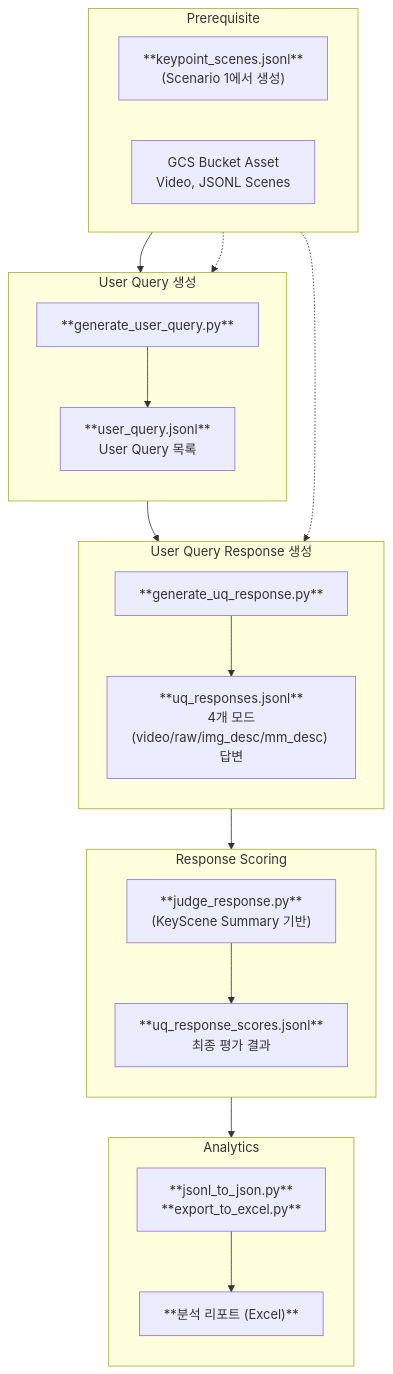
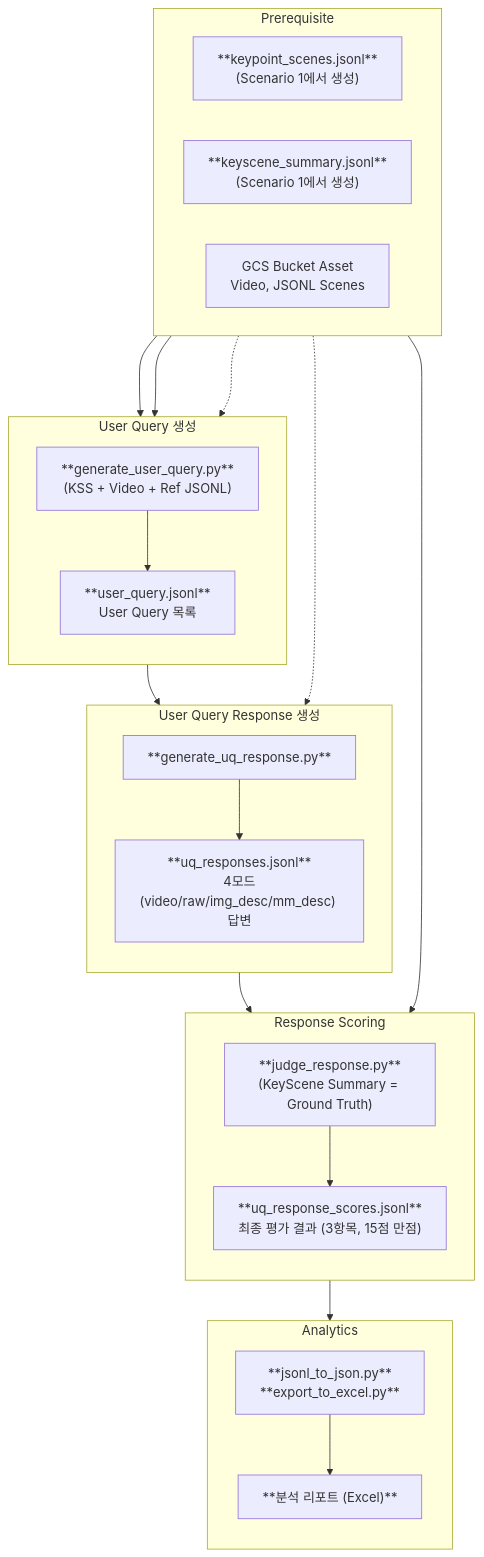
The second of 2 diagrams in README.md (obeychoi0120/LLMJudge), drawn with Mermaid before and after one commit. The commit also changed other lines of this file and 6 other files, not shown here.

````diff
--- a/README.md
+++ b/README.md
@@ -69,46 +69,49 @@
 ```mermaid
 flowchart TD
     subgraph INPUT2["Prerequisite"]
         direction LR
         KP_IN["**keypoint_scenes.jsonl**<br/>(Scenario 1에서 생성)"]
+        KSS_IN["**keyscene_summary.jsonl**<br/>(Scenario 1에서 생성)"]
         GCS2["GCS Bucket Asset<br/>Video, JSONL Scenes"]
     end
 
     subgraph STEPB1["User Query 생성"]
         direction TB
-        UQ_SCRIPT["**generate_user_query.py**"]
+        UQ_SCRIPT["**generate_user_query.py**<br/>(KSS + Video + Ref JSONL)"]
         UQ_OUT["**user_query.jsonl**<br/>User Query 목록"]
     end
 
     subgraph STEPB2["User Query Response 생성"]
         direction TB
         R_SCRIPT["**generate_uq_response.py**"]
-        R_ANS["**uq_responses.jsonl**<br/>4개 모드(video/raw/img_desc/mm_desc) 답변"]
+        R_ANS["**uq_responses.jsonl**<br/>4모드(video/raw/img_desc/mm_desc) 답변"]
     end
 
     subgraph STEPB3["Response Scoring"]
         direction TB
-        RJ_SCRIPT["**judge_response.py**<br/>(KeyScene Summary 기반)"]
-        RJ_OUT["**uq_response_scores.jsonl**<br/>최종 평가 결과"]
+        RJ_SCRIPT["**judge_response.py**<br/>(KeyScene Summary = Ground Truth)"]
+        RJ_OUT["**uq_response_scores.jsonl**<br/>최종 평가 결과 (3항목, 15점 만점)"]
     end
 
     subgraph STEPB4["Analytics"]
         direction TB
         A_SCRIPT["**jsonl_to_json.py**<br/>**export_to_excel.py**"]
         A_OUT["**분석 리포트 (Excel)**"]
     end
 
     KP_IN --> UQ_SCRIPT
-    GCS2 -.-> UQ_SCRIPT
+    KSS_IN --> UQ_SCRIPT
+    GCS2 -..-> UQ_SCRIPT
     UQ_SCRIPT --> UQ_OUT
 
     UQ_OUT --> R_SCRIPT
-    GCS2 -.-> R_SCRIPT
+    GCS2 -..-> R_SCRIPT
     R_SCRIPT --> R_ANS
 
     R_ANS --> RJ_SCRIPT
+    KSS_IN --> RJ_SCRIPT
     RJ_SCRIPT --> RJ_OUT
 
     RJ_OUT --> A_SCRIPT
     A_SCRIPT --> A_OUT
 ```
````
